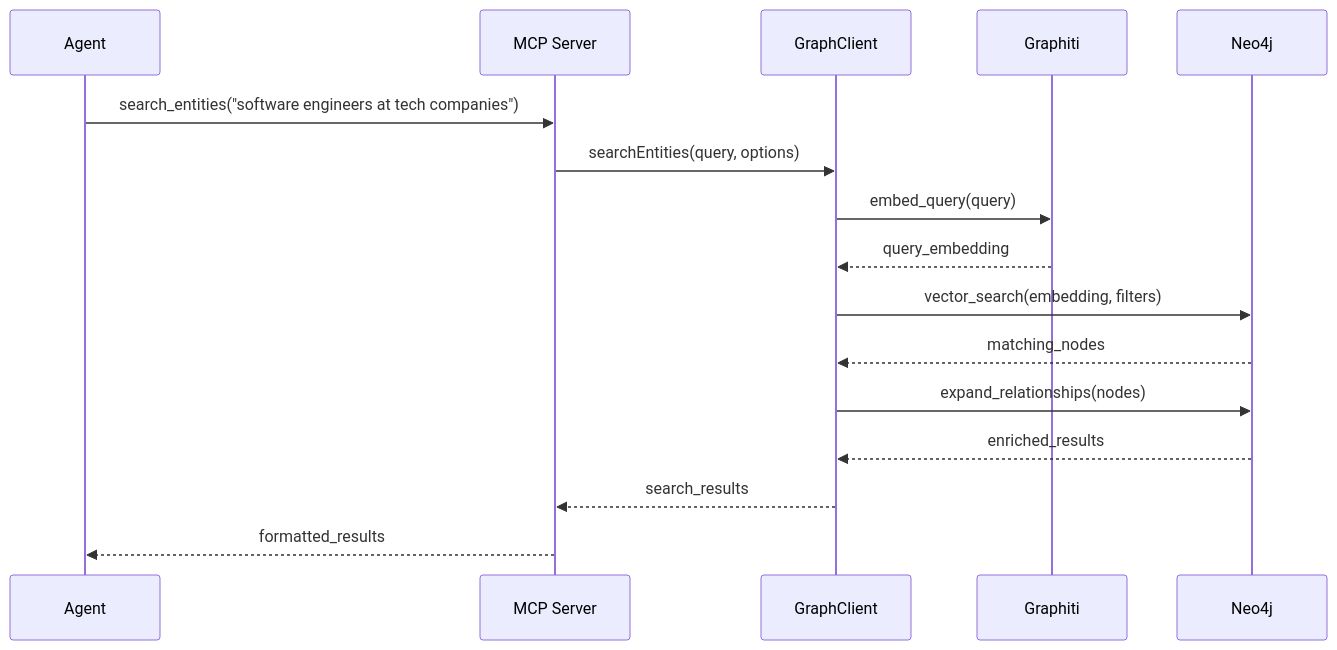
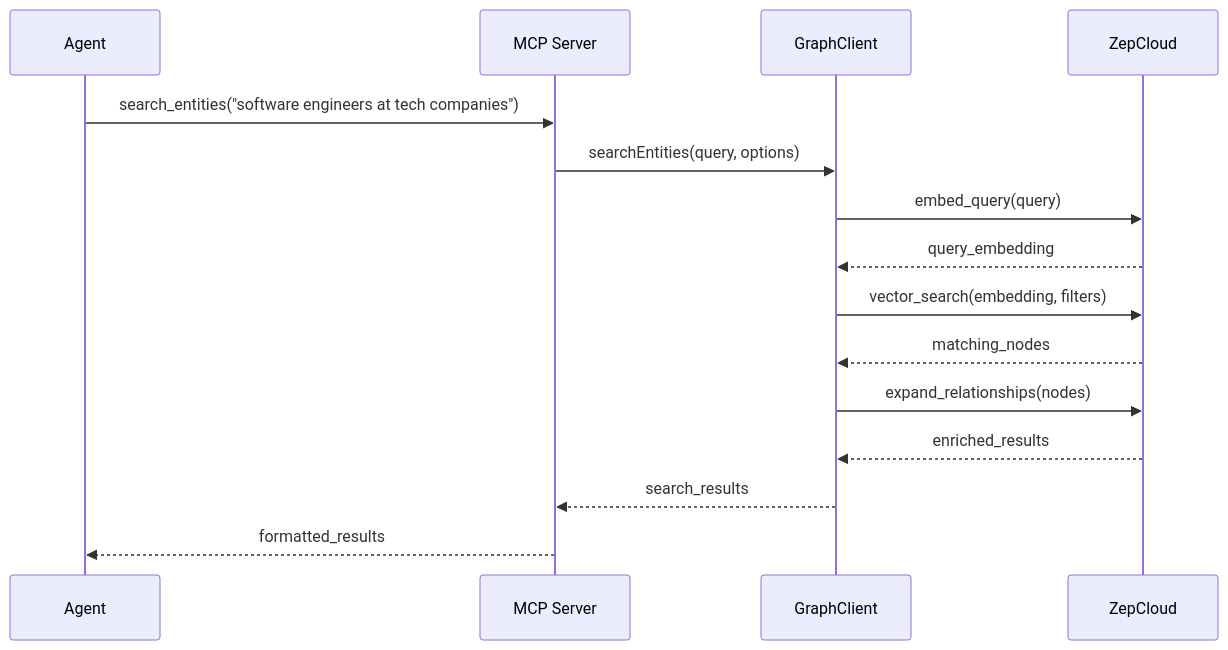
The third of 7 diagrams in ARCHITECTURE.md (leovigna/agent-coeus), drawn with Mermaid before and after one commit. The commit also changed other lines of this file and 6 other files, not shown here.

````diff
--- a/ARCHITECTURE.md
+++ b/ARCHITECTURE.md
@@ -200,19 +197,18 @@
 ```mermaid
 sequenceDiagram
     participant Agent
     participant MCP as MCP Server
     participant GraphClient
-    participant Graphiti
-    participant Neo4j
+    participant ZepCloud
 
     Agent->>MCP: search_entities("software engineers at tech companies")
     MCP->>GraphClient: searchEntities(query, options)
-    GraphClient->>Graphiti: embed_query(query)
-    Graphiti-->>GraphClient: query_embedding
-    GraphClient->>Neo4j: vector_search(embedding, filters)
-    Neo4j-->>GraphClient: matching_nodes
-    GraphClient->>Neo4j: expand_relationships(nodes)
-    Neo4j-->>GraphClient: enriched_results
+    GraphClient->>ZepCloud: embed_query(query)
+    ZepCloud-->>GraphClient: query_embedding
+    GraphClient->>ZepCloud: vector_search(embedding, filters)
+    ZepCloud-->>GraphClient: matching_nodes
+    GraphClient->>ZepCloud: expand_relationships(nodes)
+    ZepCloud-->>GraphClient: enriched_results
     GraphClient-->>MCP: search_results
     MCP-->>Agent: formatted_results
 ```
````
